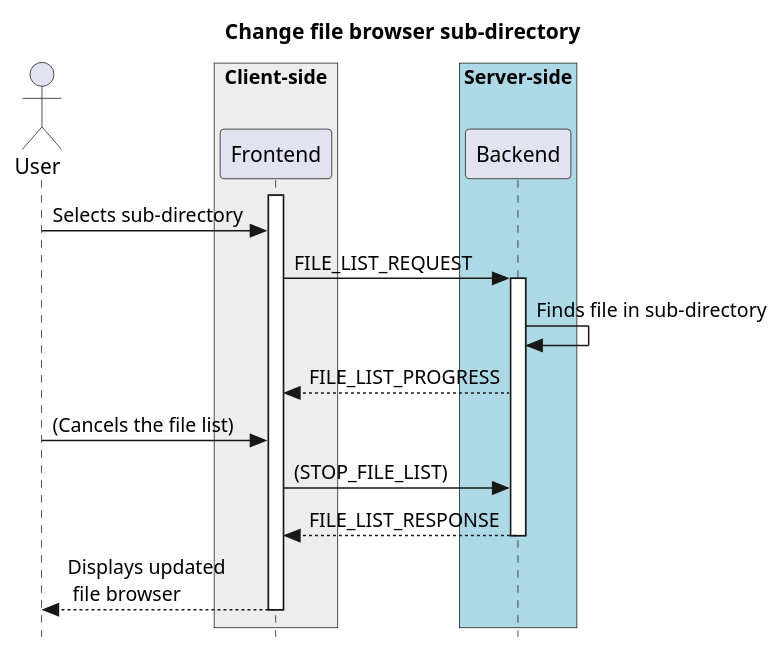
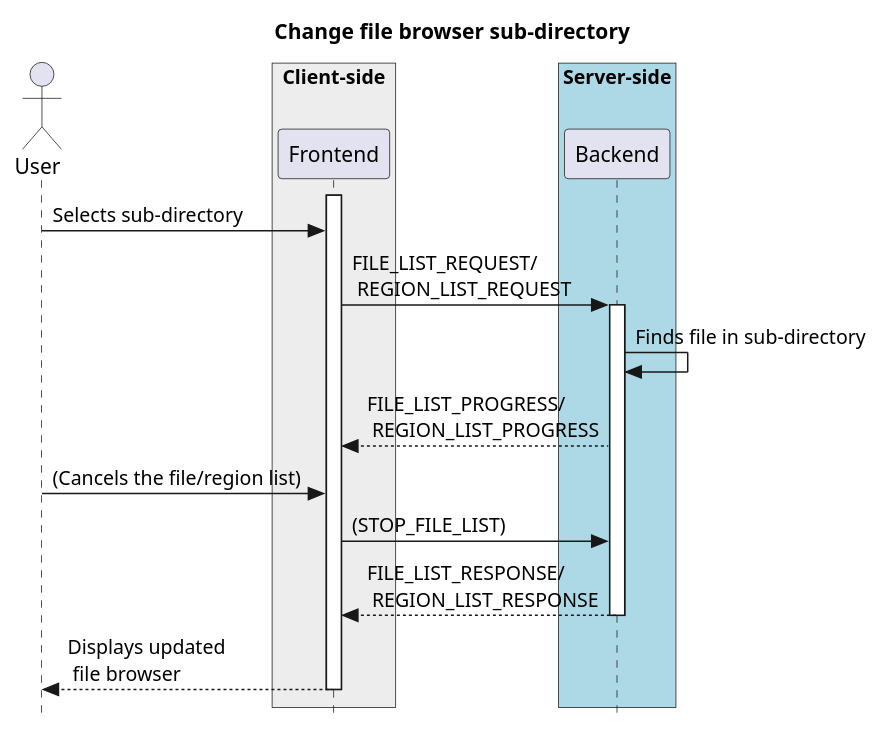
The first of 4 diagrams in docs/src/file_browsing.rst (CARTAvis/carta-protobuf), drawn with PlantUML before and after one commit. The commit also changed 1 other file, not shown here.

Commit message:
update UML plots

```diff
--- a/docs/src/file_browsing.rst
+++ b/docs/src/file_browsing.rst
@@ -8,26 +8,26 @@
 .. uml::
     
     skinparam style strictuml
     hide footbox
     title Change file browser sub-directory
     
     actor User
     box "Client-side" #EDEDED
     participant Frontend
     end box
     
     box "Server-side" #lightblue
     participant Backend
     end box
     activate Frontend
     User -> Frontend : Selects sub-directory
-    Frontend -> Backend : FILE_LIST_REQUEST
+    Frontend -> Backend : FILE_LIST_REQUEST/ \n REGION_LIST_REQUEST
     activate Backend
     Backend -> Backend : Finds file in sub-directory
-    Frontend <-- Backend : FILE_LIST_PROGRESS
-    User -> Frontend : (Cancels the file list)
+    Frontend <-- Backend : FILE_LIST_PROGRESS/ \n REGION_LIST_PROGRESS
+    User -> Frontend : (Cancels the file/region list)
     Frontend -> Backend : (STOP_FILE_LIST)
-    Frontend <-- Backend : FILE_LIST_RESPONSE
+    Frontend <-- Backend : FILE_LIST_RESPONSE/ \n REGION_LIST_RESPONSE
     deactivate Backend
     User <-- Frontend : Displays updated\n file browser
     deactivate Frontend
```
